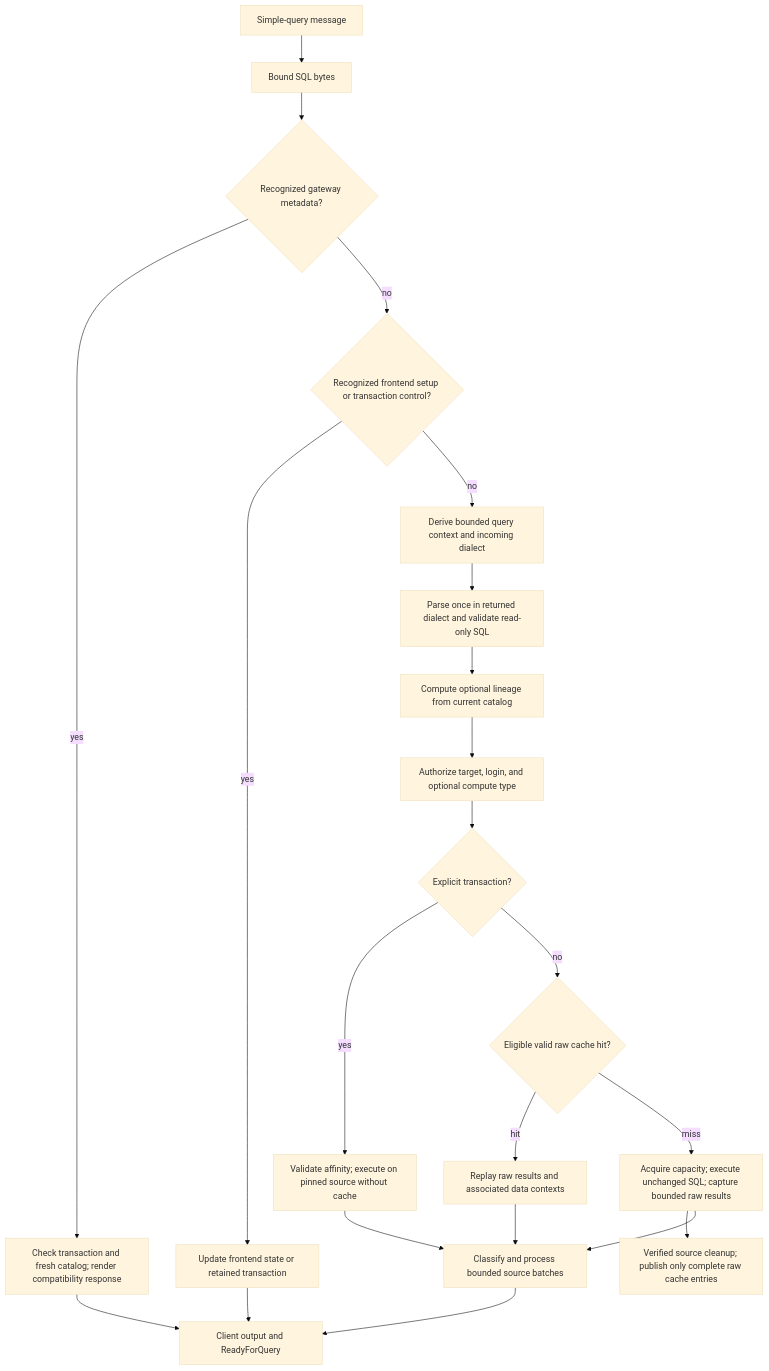
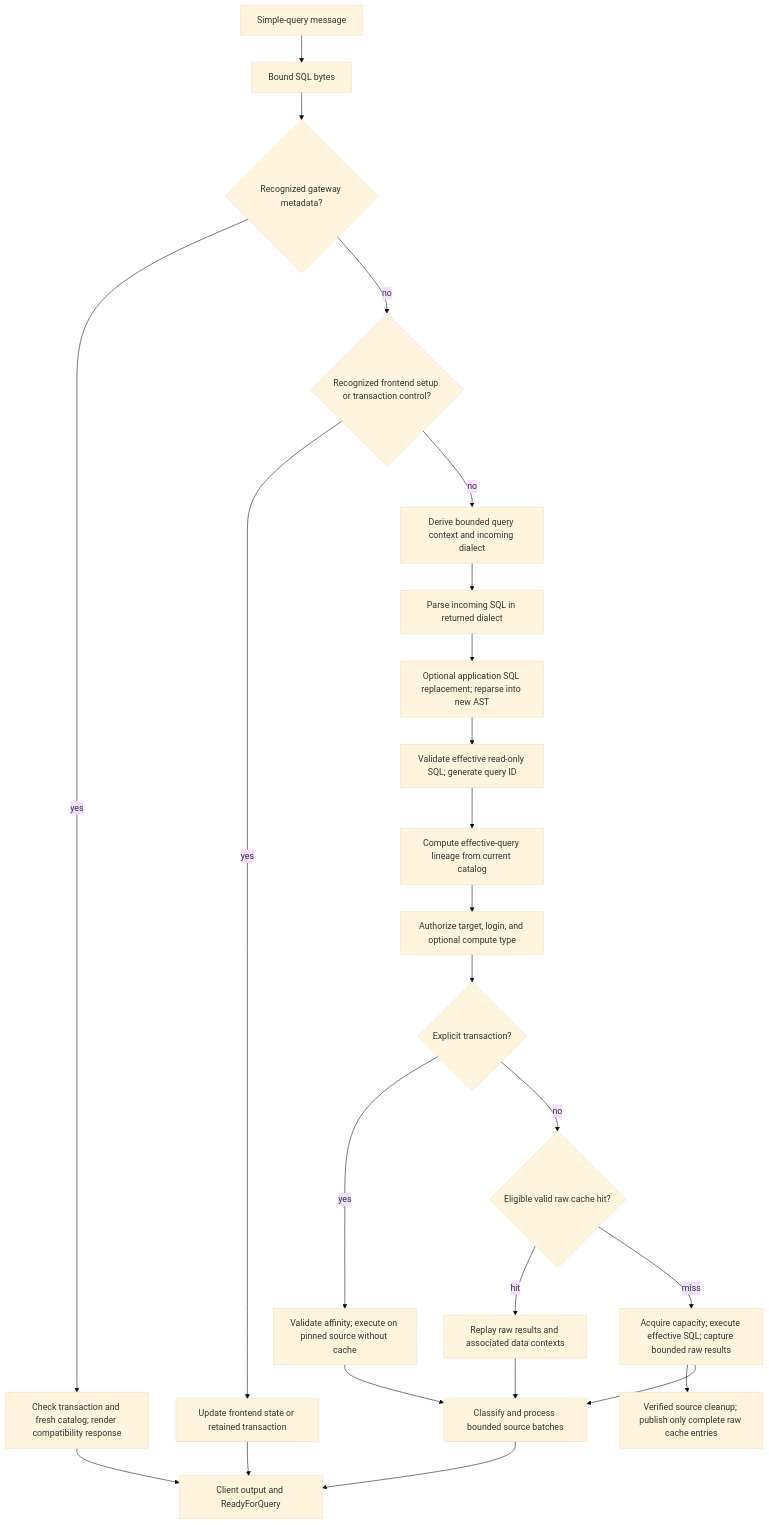
One commit to AbhiSinha08/yasp-analytics-proxy changed the second of 5 diagrams in docs/architecture.md. Above: the diagram before and after it, drawn with Mermaid (base theme). The commit also changed other lines of this file and 28 other files, not shown here.

````diff
--- a/docs/architecture.md
+++ b/docs/architecture.md
@@ -76,24 +76,26 @@
 ```mermaid
 flowchart TD
     SQL[Simple-query message] --> Bound[Bound SQL bytes]
     Bound --> Metadata{Recognized gateway metadata?}
     Metadata -->|yes| Snapshot[Check transaction and fresh catalog; render compatibility response]
     Metadata -->|no| Control{Recognized frontend setup or transaction control?}
     Control -->|yes| Local[Update frontend state or retained transaction]
     Control -->|no| Context[Derive bounded query context and incoming dialect]
-    Context --> Parse[Parse once in returned dialect and validate read-only SQL]
-    Parse --> Lineage[Compute optional lineage from current catalog]
+    Context --> Parse[Parse incoming SQL in returned dialect]
+    Parse --> Modify[Optional application SQL replacement; reparse into new AST]
+    Modify --> Validate[Validate effective read-only SQL; generate query ID]
+    Validate --> Lineage[Compute effective-query lineage from current catalog]
     Lineage --> Select[Authorize target, login, and optional compute type]
     Select --> Tx{Explicit transaction?}
     Tx -->|yes| Pinned[Validate affinity; execute on pinned source without cache]
     Tx -->|no| Cache{Eligible valid raw cache hit?}
     Cache -->|hit| Replay[Replay raw results and associated data contexts]
-    Cache -->|miss| Execute[Acquire capacity; execute unchanged SQL; capture bounded raw results]
+    Cache -->|miss| Execute[Acquire capacity; execute effective SQL; capture bounded raw results]
     Execute --> Cleanup[Verified source cleanup; publish only complete raw cache entries]
     Execute --> Process[Classify and process bounded source batches]
     Pinned --> Process
     Replay --> Process
     Process --> Ready[Client output and ReadyForQuery]
     Snapshot --> Ready
     Local --> Ready
 ```
````
